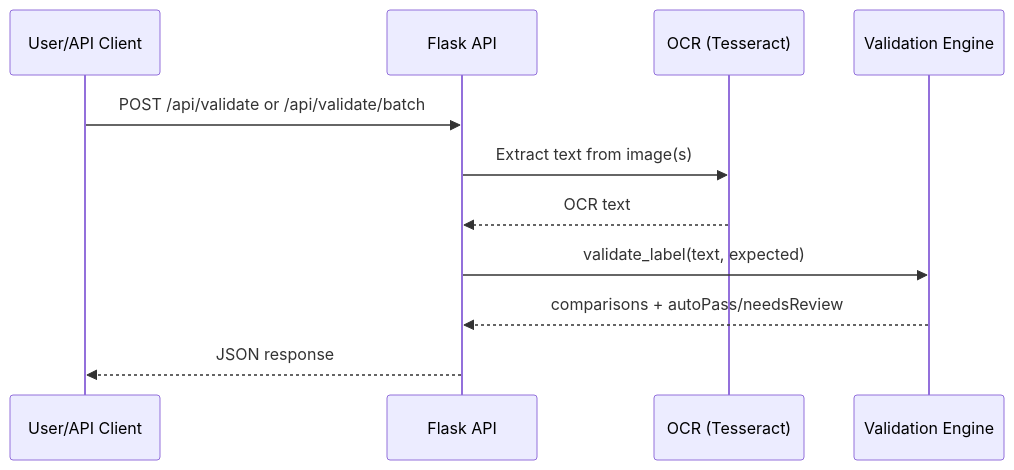
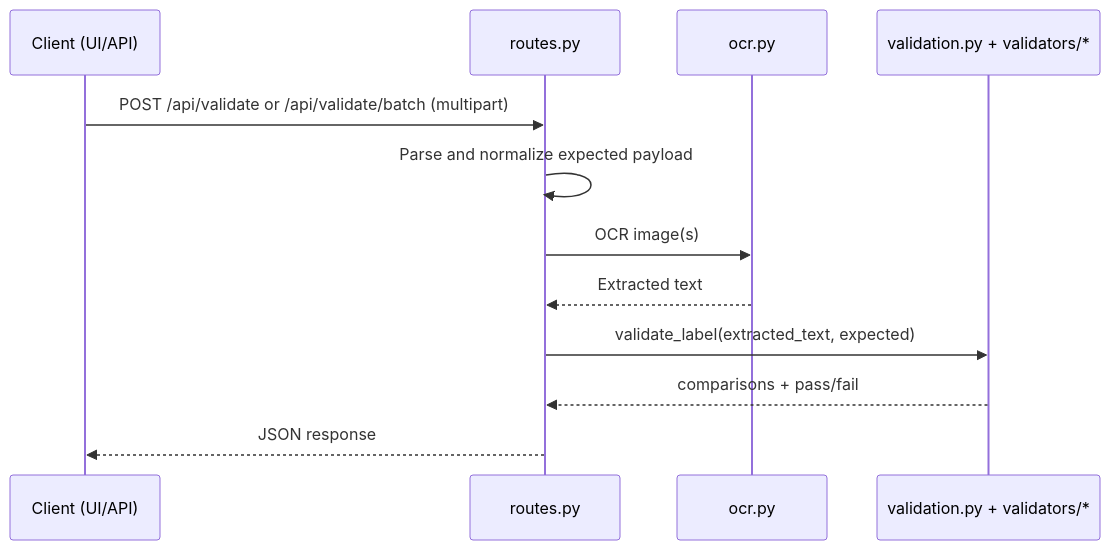
The second of 2 diagrams in docs/architecture.md (JimmyManning/TTBAppProto), drawn with Mermaid before and after one commit. The commit also changed other lines of this file and 31 other files, not shown here.

````diff
--- a/docs/architecture.md
+++ b/docs/architecture.md
@@ -113,15 +92,15 @@
 ```mermaid
 sequenceDiagram
-    participant U as User/API Client
-    participant F as Flask API
-    participant O as OCR (Tesseract)
-    participant V as Validation Engine
+    participant C as Client (UI/API)
+    participant R as routes.py
+    participant O as ocr.py
+    participant V as validation.py + validators/*
 
-    U->>F: POST /api/validate or /api/validate/batch
-    F->>O: Extract text from image(s)
-    O-->>F: OCR text
-
-    F->>V: validate_label(text, expected)
-    V-->>F: comparisons + autoPass/needsReview
-    F-->>U: JSON response
+    C->>R: POST /api/validate or /api/validate/batch (multipart)
+    R->>R: Parse and normalize expected payload
+    R->>O: OCR image(s)
+    O-->>R: Extracted text
+    R->>V: validate_label(extracted_text, expected)
+    V-->>R: comparisons + pass/fail
+    R-->>C: JSON response
 ```
````
